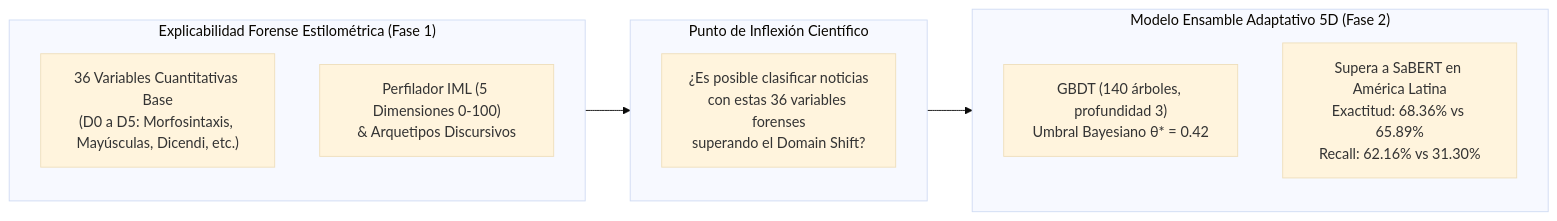
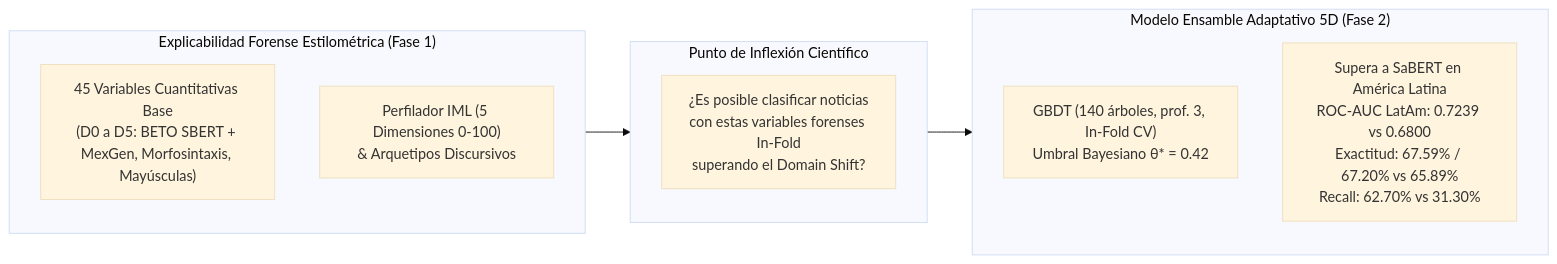
One commit to s1dartha/XAI-para-Noticias-falsas changed the third of 3 diagrams in Explicabilidad_Propia/reportes/Reporte_Explicabilidad_Forense_4_Noticias.md. Above: the diagram before and after it, drawn with Mermaid (base theme). The commit also changed other lines of this file and 471 other files, not shown here.

First line of the commit message:
feat(xai): recalibrar IML con BETO SBERT, justificar diccionario de variables y arquetipos, actualizar modelos y dashboard

````diff
--- a/Explicabilidad_Propia/reportes/Reporte_Explicabilidad_Forense_4_Noticias.md
+++ b/Explicabilidad_Propia/reportes/Reporte_Explicabilidad_Forense_4_Noticias.md
@@ -607,19 +648,19 @@
 ```mermaid
 flowchart LR
     subgraph EXP["Explicabilidad Forense Estilométrica (Fase 1)"]
-        VARS["36 Variables Cuantitativas Base<br/>(D0 a D5: Morfosintaxis, Mayúsculas, Dicendi, etc.)"]
+        VARS["45 Variables Cuantitativas Base<br/>(D0 a D5: BETO SBERT + MexGen, Morfosintaxis, Mayúsculas)"]
         IML["Perfilador IML (5 Dimensiones 0-100)<br/>& Arquetipos Discursivos"]
     end
 
     subgraph PREGUNTA["Punto de Inflexión Científico"]
-        P["¿Es posible clasificar noticias<br/>con estas 36 variables forenses<br/>superando el Domain Shift?"]
+        P["¿Es posible clasificar noticias<br/>con estas variables forenses In-Fold<br/>superando el Domain Shift?"]
     end
 
     subgraph ENSAMBLE["Modelo Ensamble Adaptativo 5D (Fase 2)"]
-        GBDT["GBDT (140 árboles, profundidad 3)<br/>Umbral Bayesiano θ* = 0.42"]
-        LATAM["Supera a SaBERT en América Latina<br/>Exactitud: 68.36% vs 65.89%<br/>Recall: 62.16% vs 31.30%"]
+        GBDT["GBDT (140 árboles, prof. 3, In-Fold CV)<br/>Umbral Bayesiano θ* = 0.42"]
+        LATAM["Supera a SaBERT en América Latina<br/>ROC-AUC LatAm: 0.7239 vs 0.6800<br/>Exactitud: 67.59% / 67.20% vs 65.89%<br/>Recall: 62.70% vs 31.30%"]
     end
 
     EXP --> PREGUNTA
     PREGUNTA --> ENSAMBLE
 ```
````
